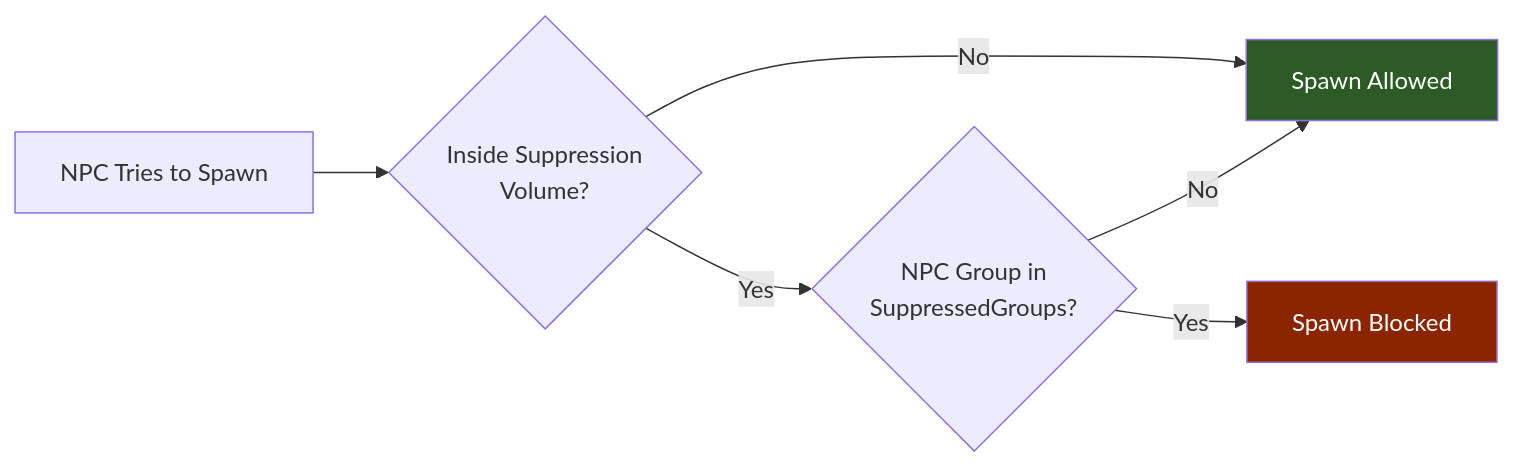
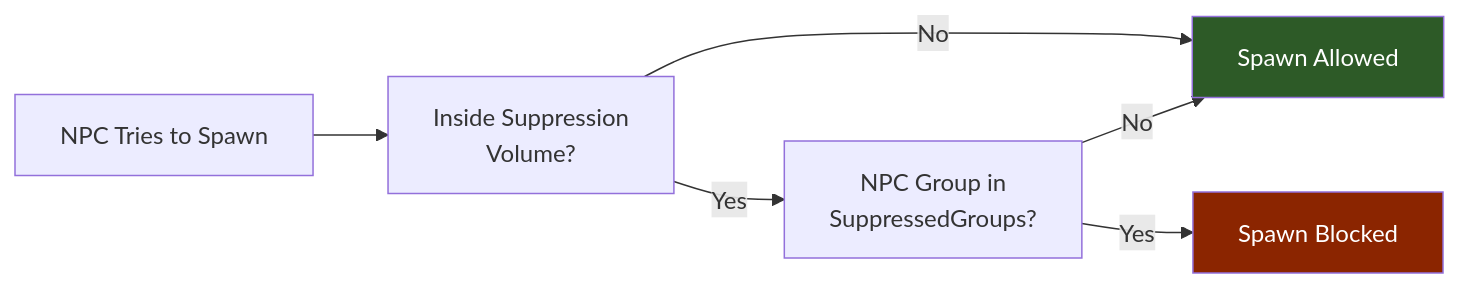
One commit to nevesb/hytale-modding-docs changed the second of 2 diagrams in src/content/docs/es/reference/npc-system/npc-spawn-rules.md. Above: the diagram before and after it, drawn with Mermaid. The commit also changed other lines of this file and 34 other files, not shown here.

First line of the commit message:
docs: enhance mermaid diagrams for clarity and readability

````diff
--- a/src/content/docs/es/reference/npc-system/npc-spawn-rules.md
+++ b/src/content/docs/es/reference/npc-system/npc-spawn-rules.md
@@ -64,11 +64,11 @@
 ```mermaid
 flowchart LR
-    A[NPC Tries to Spawn] --> B{Inside Suppression\nVolume?}
-    B -->|No| C[Spawn Allowed]
-    B -->|Yes| D{NPC Group in\nSuppressedGroups?}
-    D -->|No| C
-    D -->|Yes| E[Spawn Blocked]
+    A["NPC Tries to Spawn"] --> B["Inside Suppression<br/>Volume?"]
+    B -->|"No"| C[Spawn Allowed]
+    B -->|"Yes"| D["NPC Group in<br/>SuppressedGroups?"]
+    D -->|"No"| C
+    D -->|"Yes"| E[Spawn Blocked]
 
     style C fill:#2d5a27,color:#fff
     style E fill:#8b2500,color:#fff
 ```
````
